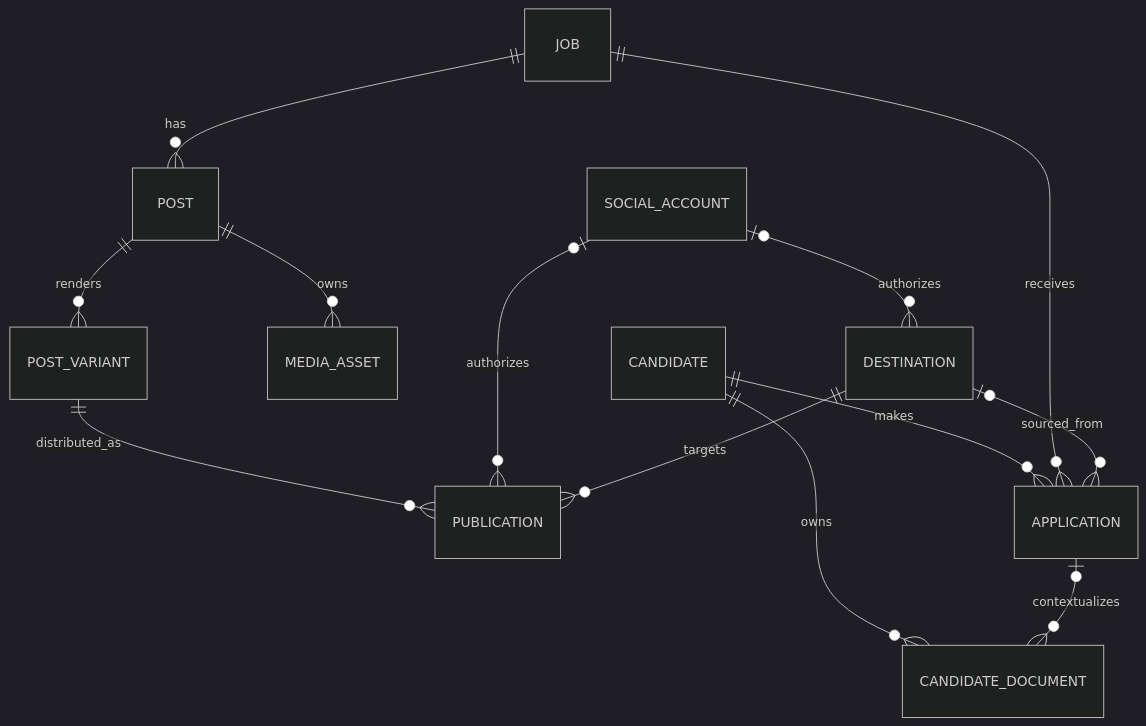
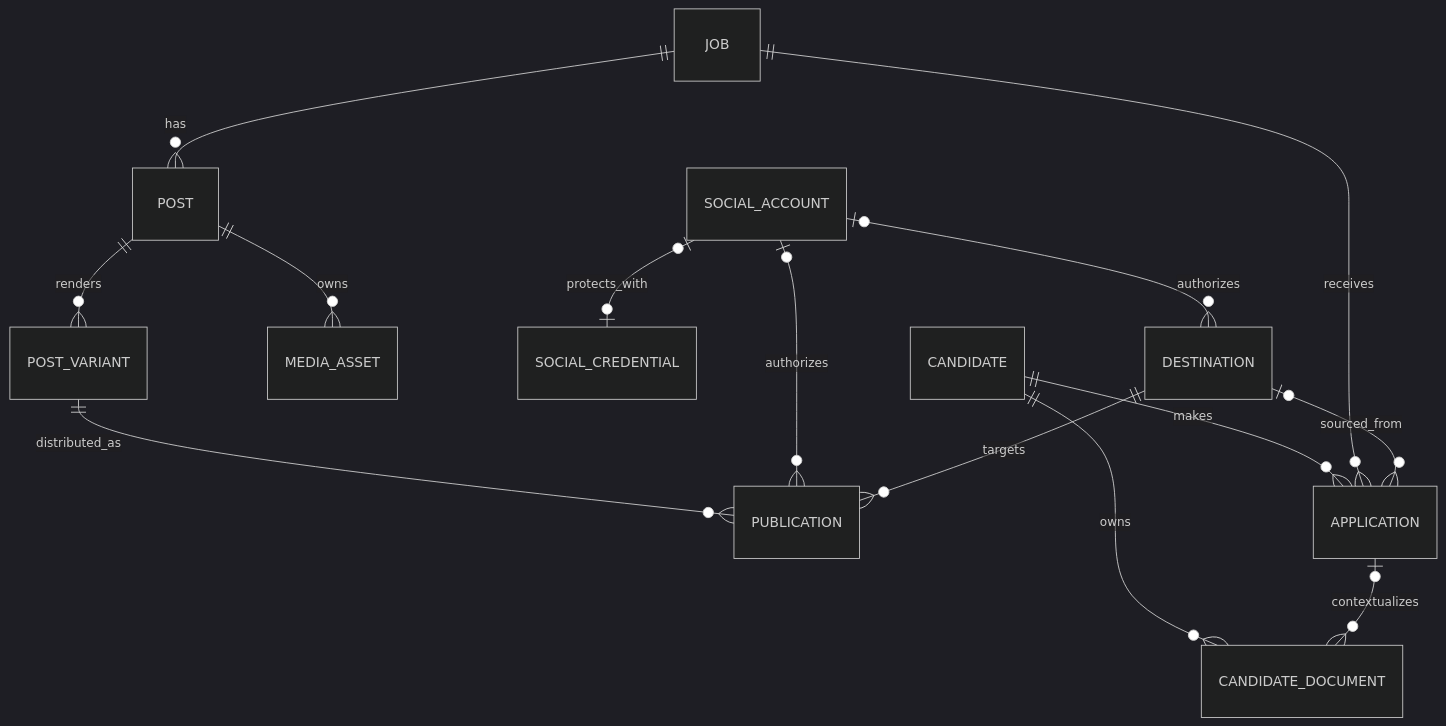
The diagram in docs/diagrams/database-erd.md (vitoo16/recruitops-platform), drawn with Mermaid (dark theme) before and after one commit. The commit also changed other lines of this file and 7 other files, not shown here.

````diff
--- a/docs/diagrams/database-erd.md
+++ b/docs/diagrams/database-erd.md
@@ -5,15 +5,16 @@
 ```mermaid
 erDiagram
     JOB ||--o{ POST : has
     POST ||--o{ POST_VARIANT : renders
     POST ||--o{ MEDIA_ASSET : owns
     POST_VARIANT ||--o{ PUBLICATION : distributed_as
+    SOCIAL_ACCOUNT o|--o| SOCIAL_CREDENTIAL : protects_with
     SOCIAL_ACCOUNT o|--o{ DESTINATION : authorizes
     SOCIAL_ACCOUNT o|--o{ PUBLICATION : authorizes
     DESTINATION ||--o{ PUBLICATION : targets
     CANDIDATE ||--o{ APPLICATION : makes
     JOB ||--o{ APPLICATION : receives
     DESTINATION o|--o{ APPLICATION : sourced_from
     CANDIDATE ||--o{ CANDIDATE_DOCUMENT : owns
     APPLICATION o|--o{ CANDIDATE_DOCUMENT : contextualizes
 ```
````
